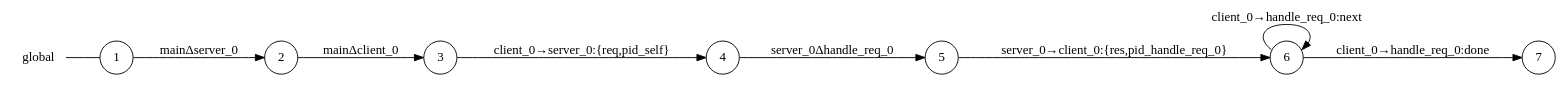
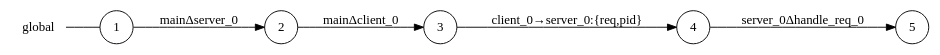
Before and after one commit to gabrielegenovese/chorer: the diagram in examples/serverclient/main_global_view.dot, drawn with Graphviz. The commit also changed 32 other files, not shown here.

```diff
--- a/examples/serverclient/main_global_view.dot
+++ b/examples/serverclient/main_global_view.dot
@@ -1,20 +1,15 @@
 digraph global {
 	rankdir="LR";
 	n_0 [label="global", shape="plaintext"];
-	n_1 [id="5", shape=circle, label="5"];
-	n_2 [id="6", shape=circle, label="6"];
-	n_3 [id="1", shape=circle, label="1"];
-	n_0 -> n_3 [arrowhead=none];
-	n_4 [id="2", shape=circle, label="2"];
-	n_5 [id="4", shape=circle, label="4"];
-	n_6 [id="7", shape=circle, label="7"];
-	n_7 [id="3", shape=circle, label="3"];
+	n_1 [id="5", shape=circle, label="4"];
+	n_2 [id="1", shape=circle, label="1"];
+	n_0 -> n_2 [arrowhead=none];
+	n_3 [id="2", shape=circle, label="2"];
+	n_4 [id="4", shape=circle, label="5"];
+	n_5 [id="3", shape=circle, label="3"];
 
-	n_2 -> n_6 [id="[$e|5]", label="client_0→handle_req_0:done"];
-	n_4 -> n_7 [id="[$e|1]", label="mainΔclient_0"];
-	n_7 -> n_5 [id="[$e|2]", label="client_0→server_0:{req,pid_self}"];
-	n_2 -> n_2 [id="[$e|6]", label="client_0→handle_req_0:next"];
-	n_5 -> n_1 [id="[$e|3]", label="server_0Δhandle_req_0"];
-	n_1 -> n_2 [id="[$e|4]", label="server_0→client_0:{res,pid_handle_req_0}"];
-	n_3 -> n_4 [id="[$e|0]", label="mainΔserver_0"];
+	n_1 -> n_4 [id="[$e|2]", label="server_0Δhandle_req_0"];
+	n_2 -> n_3 [id="[$e|0]", label="mainΔserver_0"];
+	n_3 -> n_5 [id="[$e|1]", label="mainΔclient_0"];
+	n_5 -> n_1 [id="[$e|3]", label="client_0→server_0:{req,pid}"];
 }
```
